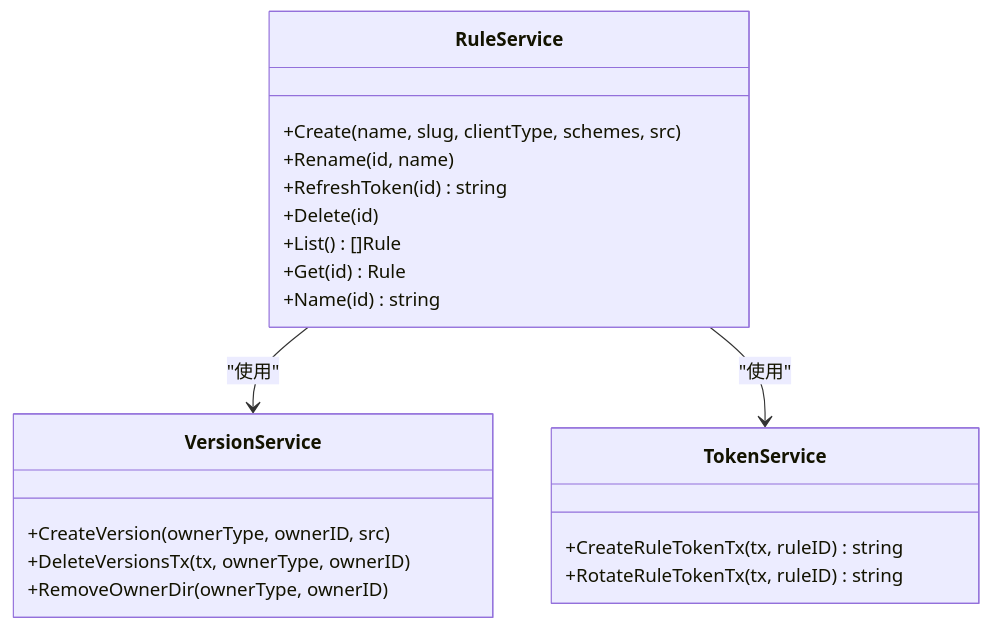
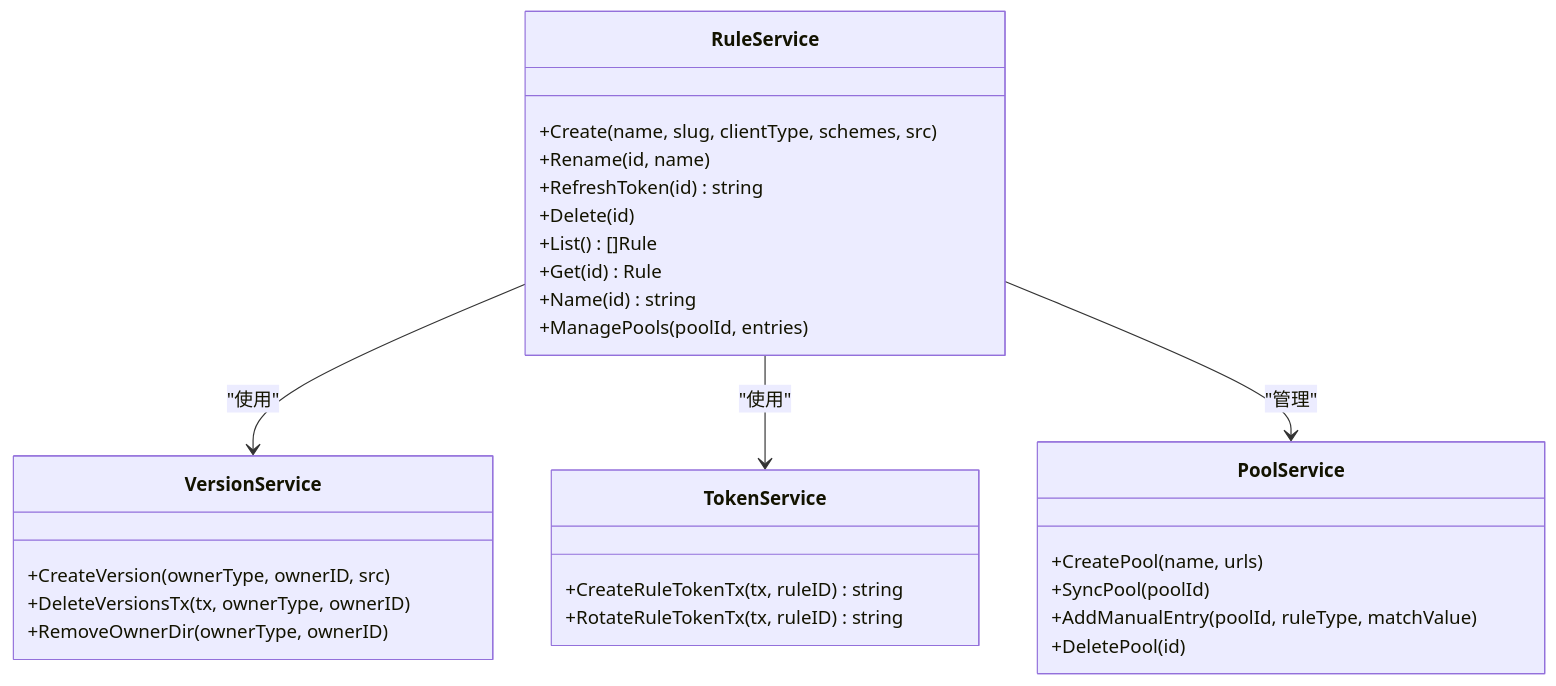
Before and after one commit to AlcaProphet/VPN-Subscription-Management: the seventh of 12 diagrams in .qoder/repowiki/zh/content/核心功能模块/核心功能模块.md, drawn with Mermaid. The commit also changed other lines of this file and 109 other files, not shown here.

````diff
--- a/.qoder/repowiki/zh/content/核心功能模块/核心功能模块.md
+++ b/.qoder/repowiki/zh/content/核心功能模块/核心功能模块.md
@@ -299,23 +317,31 @@
 ```mermaid
 classDiagram
 class RuleService {
 +Create(name, slug, clientType, schemes, src)
 +Rename(id, name)
 +RefreshToken(id) string
 +Delete(id)
 +List() []Rule
 +Get(id) Rule
 +Name(id) string
++ManagePools(poolId, entries)
+}
+class PoolService {
++CreatePool(name, urls)
++SyncPool(poolId)
++AddManualEntry(poolId, ruleType, matchValue)
++DeletePool(id)
 }
 class VersionService {
 +CreateVersion(ownerType, ownerID, src)
 +DeleteVersionsTx(tx, ownerType, ownerID)
 +RemoveOwnerDir(ownerType, ownerID)
 }
 class TokenService {
 +CreateRuleTokenTx(tx, ruleID) string
 +RotateRuleTokenTx(tx, ruleID) string
 }
 RuleService --> VersionService : "使用"
 RuleService --> TokenService : "使用"
+RuleService --> PoolService : "管理"
 ```
````
